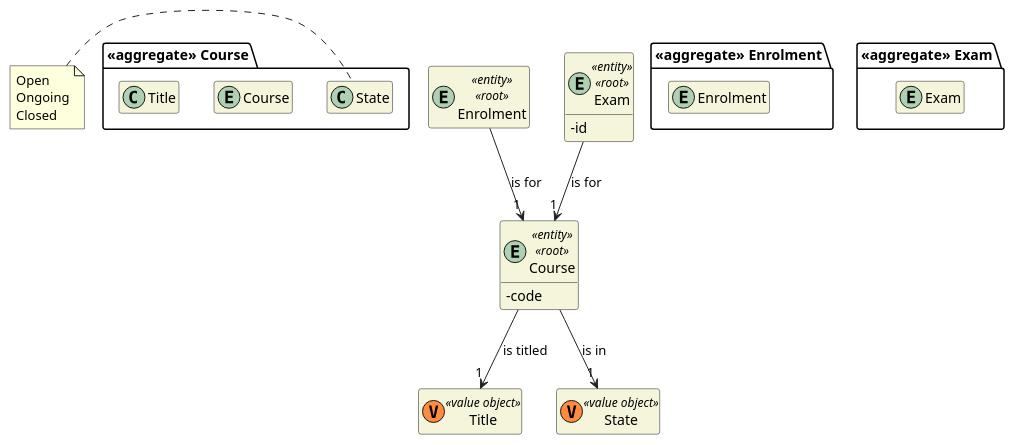
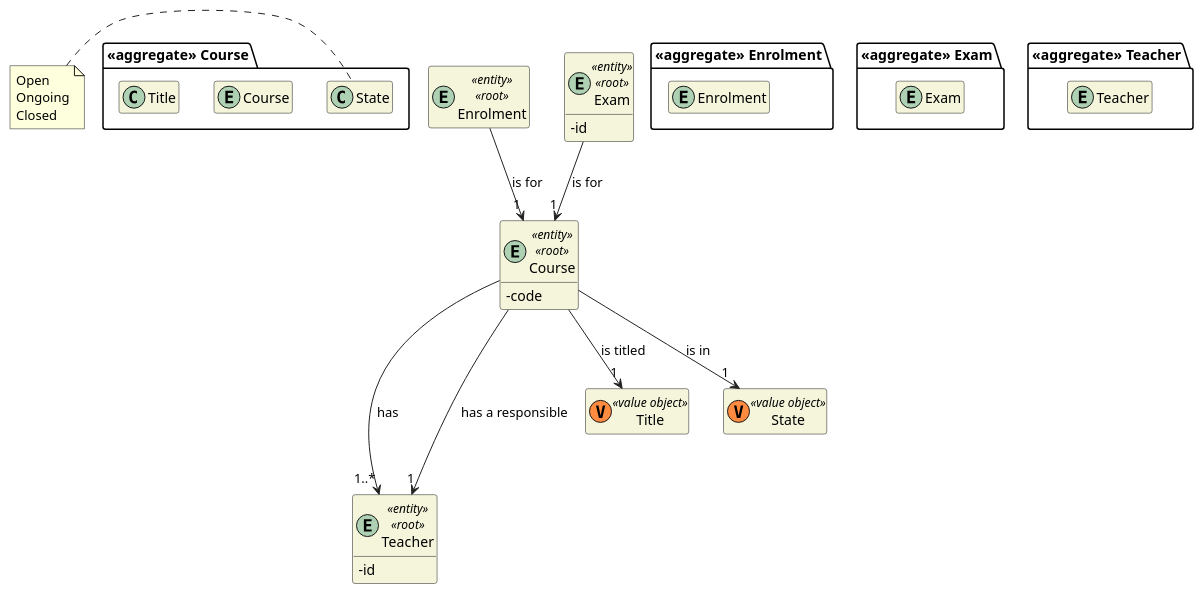
The diagram in docs/DM/DM_Course.puml (miseEnPlace-dev/lapr4), drawn with PlantUML before and after one commit. The commit also changed 4 other files, not shown here.

Commit message:
chore(DM): added missing aggregate DM_Course

```diff
--- a/docs/DM/DM_Course.puml
+++ b/docs/DM/DM_Course.puml
@@ -1,47 +1,58 @@
 @startuml DM-COURSE
 'https://plantuml.com/class-diagram
 
 skinparam classAttributeIconSize 0
 hide empty attributes
 hide empty methods
 skinparam classBackgroundColor beige
 skinparam ArrowColor #222222
 
 package "<<aggregate>> Course" {
     entity Course
 
     class Title
     class State
 }
 
 package "<<aggregate>> Enrolment" {
     entity Enrolment
 }
 
 entity Course <<entity>> <<root>> {
     - code
 }
 
 entity Enrolment <<entity>> <<root>> {
 }
 
 package "<<aggregate>> Exam" {
     entity Exam
 }
 
 entity Exam <<entity>> <<root>> {
   -id
 }
 
+package "<<aggregate>> Teacher" {
+    entity Teacher
+}
+
+entity Teacher <<entity>> <<root>> {
+    -id
+}
+
 note left of State : Open\nOngoing\nClosed
 
 class Title <<(V,#FF8B40) value object>> {}
 class State <<(V,#FF8B40) value object>> {}
 
 Course --> "1" Title : is titled
 Course --> "1" State : is in
+Course ---> "1..*" Teacher : has
+Course --> "1" Teacher : has a responsible
+
 Enrolment --> "1" Course : is for
 
 Exam --> "1" Course : is for
 
 @enduml
```
